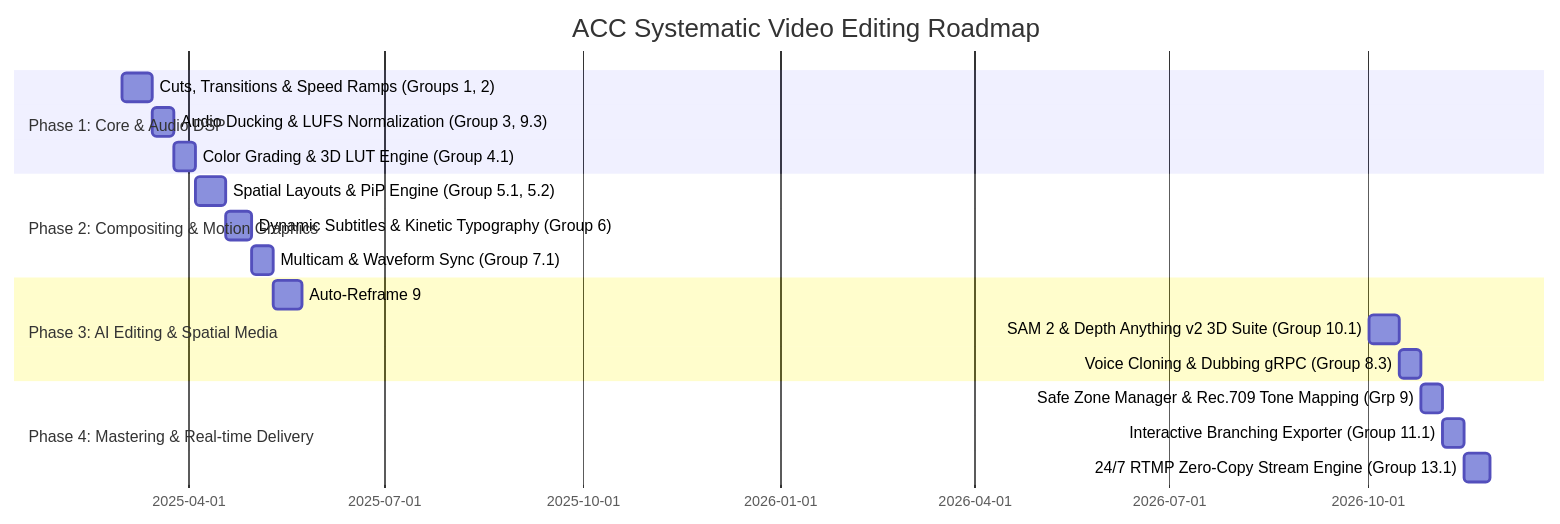
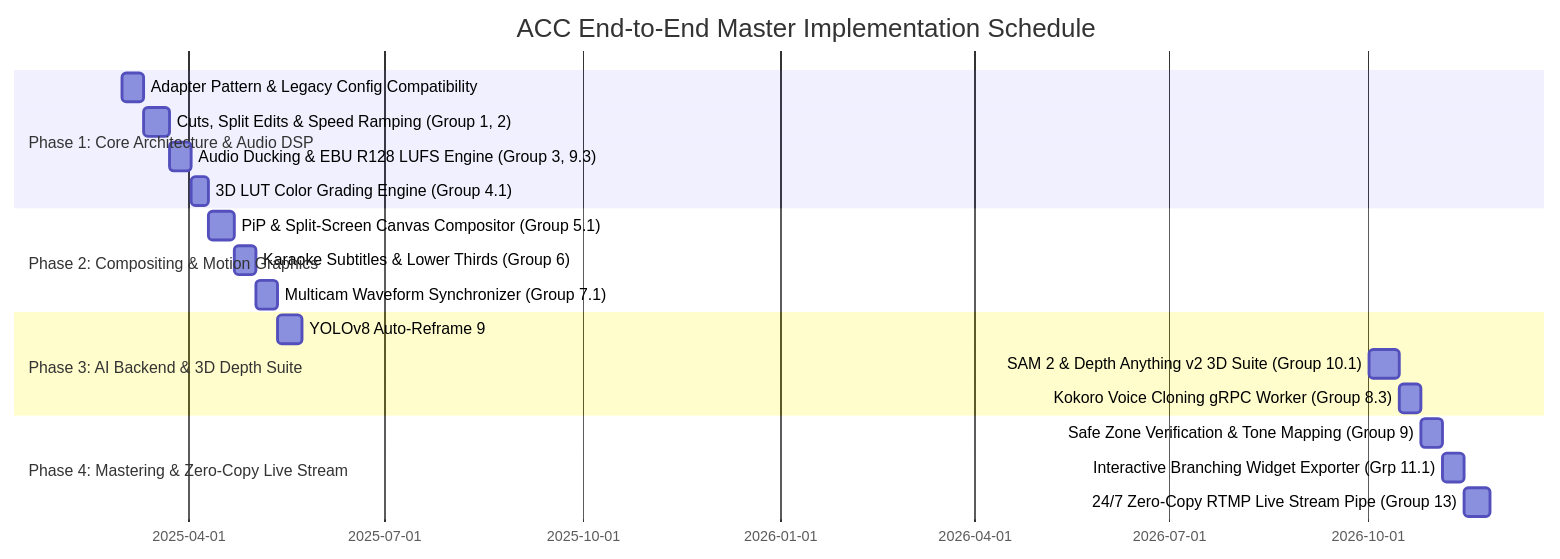
The second of 2 diagrams in docs/SYSTEMATIC_VIDEO_EDITING_ARCHITECTURE_PLAN.md (tamanle23/acc), drawn with Mermaid before and after one commit. The commit also changed other lines of this file, not shown here.

First line of the commit message:
docs: finalize systematic video editing master implementation plan

````diff
--- a/docs/SYSTEMATIC_VIDEO_EDITING_ARCHITECTURE_PLAN.md
+++ b/docs/SYSTEMATIC_VIDEO_EDITING_ARCHITECTURE_PLAN.md
@@ -444,24 +368,25 @@
 ```mermaid
 gantt
-    title ACC Systematic Video Editing Roadmap
+    title ACC End-to-End Master Implementation Schedule
     dateFormat  YYYY-MM-DD
-    section Phase 1: Core & Audio DSP
-    Cuts, Transitions & Speed Ramps (Groups 1, 2)  :p1_1, 2025-03-01, 14d
-    Audio Ducking & LUFS Normalization (Group 3, 9.3) :p1_2, after p1_1, 10d
-    Color Grading & 3D LUT Engine (Group 4.1)        :p1_3, after p1_2, 10d
+    section Phase 1: Core Architecture & Audio DSP
+    Adapter Pattern & Legacy Config Compatibility  :p1_1, 2025-03-01, 10d
+    Cuts, Split Edits & Speed Ramping (Group 1, 2)  :p1_2, after p1_1, 12d
+    Audio Ducking & EBU R128 LUFS Engine (Group 3, 9.3) :p1_3, after p1_2, 10d
+    3D LUT Color Grading Engine (Group 4.1)        :p1_4, after p1_3, 8d
 
     section Phase 2: Compositing & Motion Graphics
-    Spatial Layouts & PiP Engine (Group 5.1, 5.2)   :p2_1, after p1_3, 14d
-    Dynamic Subtitles & Kinetic Typography (Group 6) :p2_2, after p2_1, 12d
-    Multicam & Waveform Sync (Group 7.1)             :p2_3, after p2_2, 10d
+    PiP & Split-Screen Canvas Compositor (Group 5.1):p2_1, after p1_4, 12d
+    Karaoke Subtitles & Lower Thirds (Group 6)     :p2_2, after p2_1, 10d
+    Multicam Waveform Synchronizer (Group 7.1)     :p2_3, after p2_2, 10d
 
-    section Phase 3: AI Editing & Spatial Media
-    Auto-Reframe 9:16 & YOLO Tracker (Group 8.1)     :p3_1, after p2_3, 14d
-    SAM 2 & Depth Anything v2 3D Suite (Group 10.1) :p3_2, after p3_1, 14d
-    Voice Cloning & Dubbing gRPC (Group 8.3)        :p3_3, after p3_2, 10d
+    section Phase 3: AI Backend & 3D Depth Suite
+    YOLOv8 Auto-Reframe 9:16 Worker (Group 8.1)    :p3_1, after p2_3, 12d
+    SAM 2 & Depth Anything v2 3D Suite (Group 10.1):p3_2, after p3_1, 14d
+    Kokoro Voice Cloning gRPC Worker (Group 8.3)   :p3_3, after p3_2, 10d
 
-    section Phase 4: Mastering & Real-time Delivery
-    Safe Zone Manager & Rec.709 Tone Mapping (Grp 9):p4_1, after p3_3, 10d
-    Interactive Branching Exporter (Group 11.1)     :p4_2, after p4_1, 10d
-    24/7 RTMP Zero-Copy Stream Engine (Group 13.1)  :p4_3, after p4_2, 12d
+    section Phase 4: Mastering & Zero-Copy Live Stream
+    Safe Zone Verification & Tone Mapping (Group 9):p4_1, after p3_3, 10d
+    Interactive Branching Widget Exporter (Grp 11.1):p4_2, after p4_1, 10d
+    24/7 Zero-Copy RTMP Live Stream Pipe (Group 13) :p4_3, after p4_2, 12d
 ```
````
